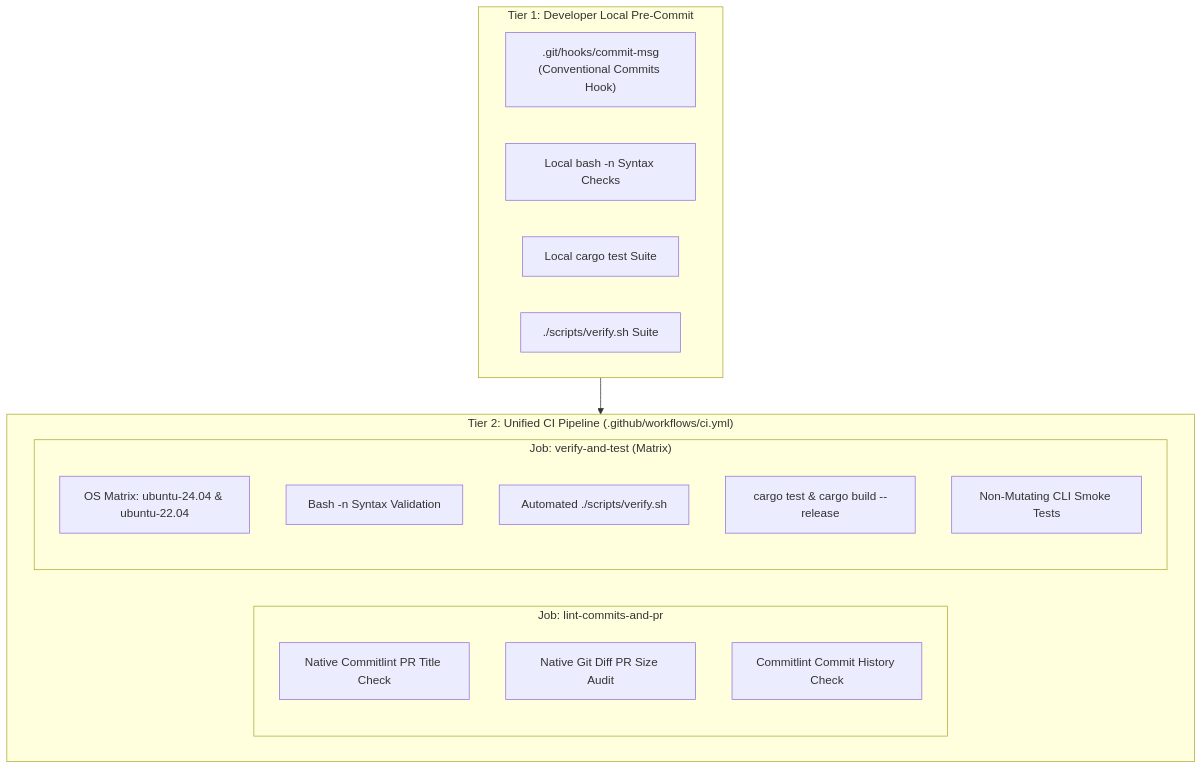
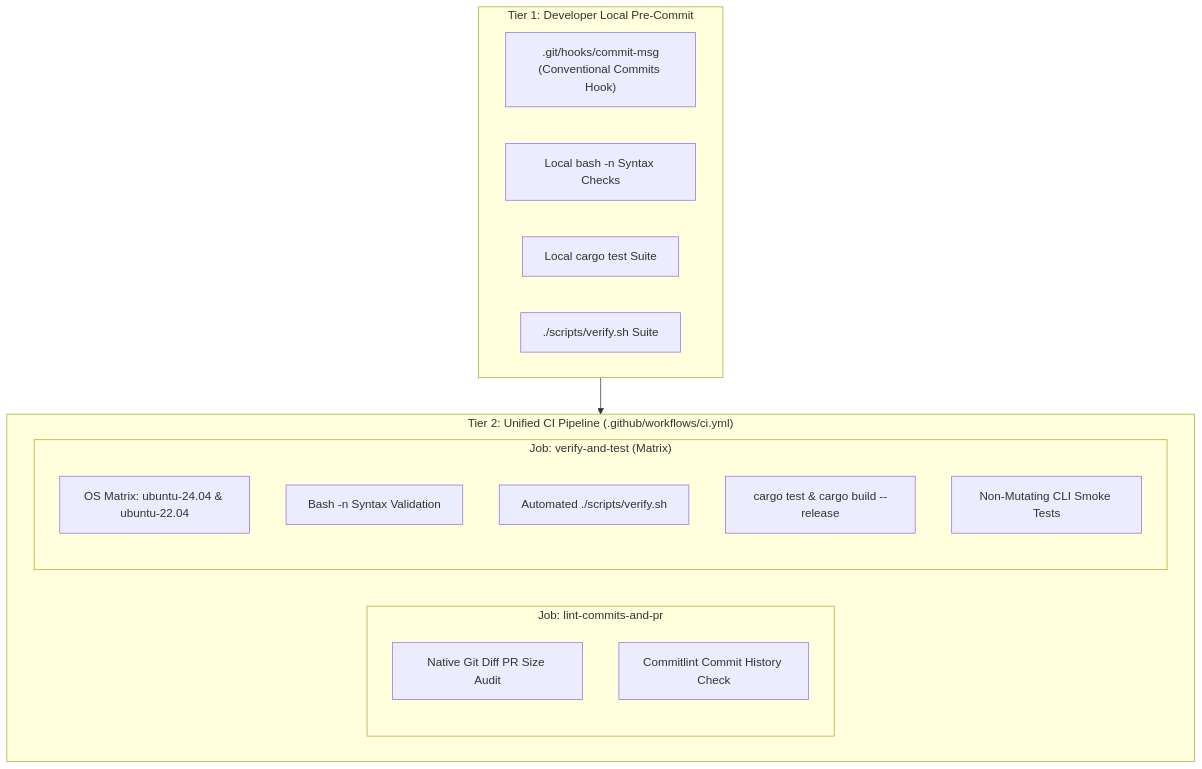
Before and after one commit to nmenag/dotfiles: the first of 2 diagrams in docs/ci-cd-and-quality.md, drawn with Mermaid. The commit also changed other lines of this file and 3 other files, not shown here.

````diff
--- a/docs/ci-cd-and-quality.md
+++ b/docs/ci-cd-and-quality.md
@@ -11,26 +11,25 @@
 ```mermaid
 graph TD
     subgraph Tier1["Tier 1: Developer Local Pre-Commit"]
         Hook[".git/hooks/commit-msg<br/>(Conventional Commits Hook)"]
         BashN["Local bash -n Syntax Checks"]
         CargoTest["Local cargo test Suite"]
         VerifyLocal["./scripts/verify.sh Suite"]
     end
 
     subgraph Tier2["Tier 2: Unified CI Pipeline (.github/workflows/ci.yml)"]
         subgraph Job1["Job: lint-commits-and-pr"]
-            PRTitle["Native Commitlint PR Title Check"]
             PRSize["Native Git Diff PR Size Audit"]
             CommitlintCI["Commitlint Commit History Check"]
         end
         subgraph Job2["Job: verify-and-test (Matrix)"]
             Matrix["OS Matrix: ubuntu-24.04 & ubuntu-22.04"]
             BashNCI["Bash -n Syntax Validation"]
             RepoVerify["Automated ./scripts/verify.sh"]
             RustBuild["cargo test & cargo build --release"]
             SmokeTests["Non-Mutating CLI Smoke Tests"]
         end
     end
 
     Tier1 --> Tier2
 ```
````
